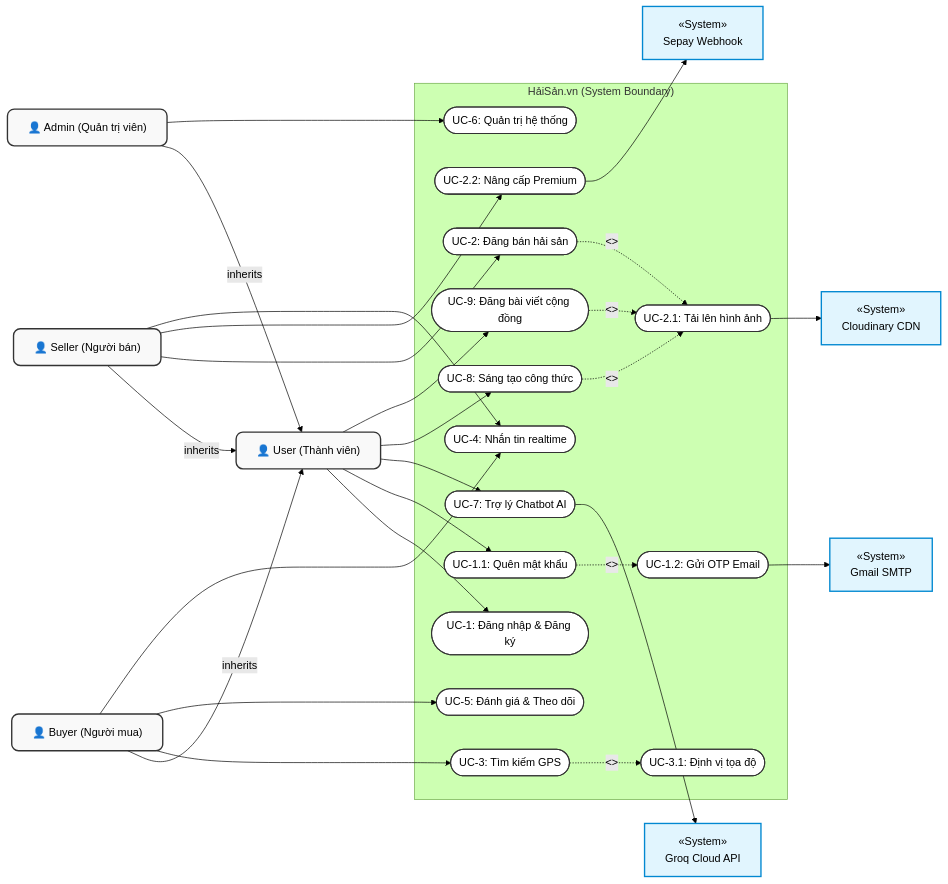
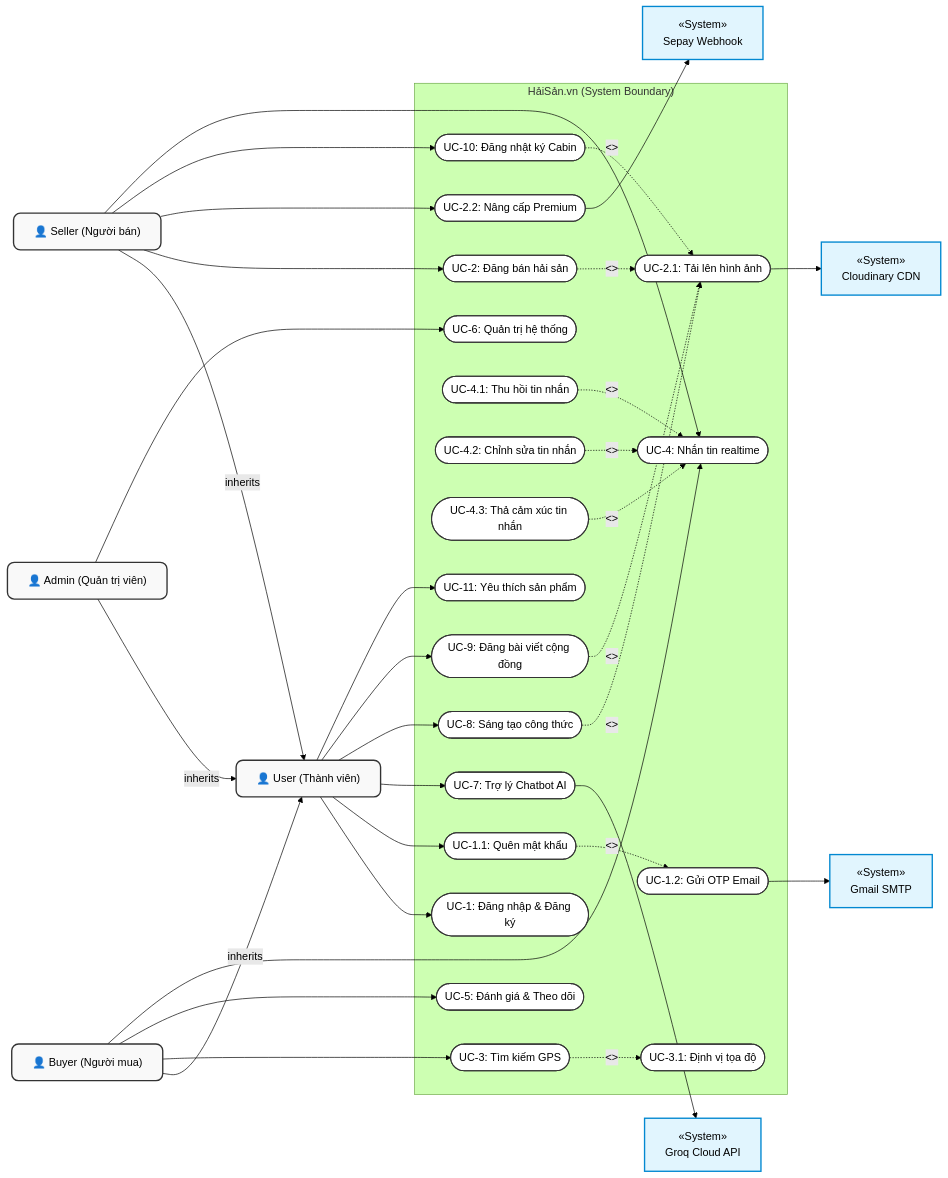
The first of 2 diagrams in docs/MIDTERM_PROGRESS_REPORT_PLAN.md (fptu-se-su26/swp391-su26-ai-audit-project-swp391_se20a04_group-06), drawn with Mermaid (forest theme) before and after one commit. The commit also changed other lines of this file and 346 other files, not shown here.

```diff
--- a/docs/MIDTERM_PROGRESS_REPORT_PLAN.md
+++ b/docs/MIDTERM_PROGRESS_REPORT_PLAN.md
@@ -84,11 +102,17 @@
         UC_VerifyGPS([UC-3.1: Định vị tọa độ]):::usecase
         
         UC_Chat([UC-4: Nhắn tin realtime]):::usecase
+        UC_RecallChat([UC-4.1: Thu hồi tin nhắn]):::usecase
+        UC_EditChat([UC-4.2: Chỉnh sửa tin nhắn]):::usecase
+        UC_ReactChat([UC-4.3: Thả cảm xúc tin nhắn]):::usecase
+        
         UC_Review([UC-5: Đánh giá & Theo dõi]):::usecase
         UC_Admin([UC-6: Quản trị hệ thống]):::usecase
         UC_Chatbot([UC-7: Trợ lý Chatbot AI]):::usecase
         UC_Recipe([UC-8: Sáng tạo công thức]):::usecase
         UC_Post([UC-9: Đăng bài viết cộng đồng]):::usecase
+        UC_BoatLog([UC-10: Đăng nhật ký Cabin]):::usecase
+        UC_Favorite([UC-11: Yêu thích sản phẩm]):::usecase
     end
 
     %% Links between Actors and Use Cases
@@ -97,12 +121,14 @@
     User --> UC_Chatbot
     User --> UC_Recipe
     User --> UC_Post
+    User --> UC_Favorite
     
     Buyer --> UC_Explore
     Buyer --> UC_Review
     
     Seller --> UC_CreateProduct
     Seller --> UC_UpgradePremium
+    Seller --> UC_BoatLog
     
     Buyer --> UC_Chat
     Seller --> UC_Chat
@@ -115,6 +141,12 @@
     UC_Explore -. "<<include>>" .-> UC_VerifyGPS
     UC_Recipe -. "<<include>>" .-> UC_UploadImg
     UC_Post -. "<<include>>" .-> UC_UploadImg
+    UC_BoatLog -. "<<include>>" .-> UC_UploadImg
+    
+    %% Extend relationships for chat
+    UC_RecallChat -. "<<extend>>" .-> UC_Chat
+    UC_EditChat -. "<<extend>>" .-> UC_Chat
+    UC_ReactChat -. "<<extend>>" .-> UC_Chat
     
     %% Connections to external systems
     GroqSys["«System»\nGroq Cloud API"]:::system
```
